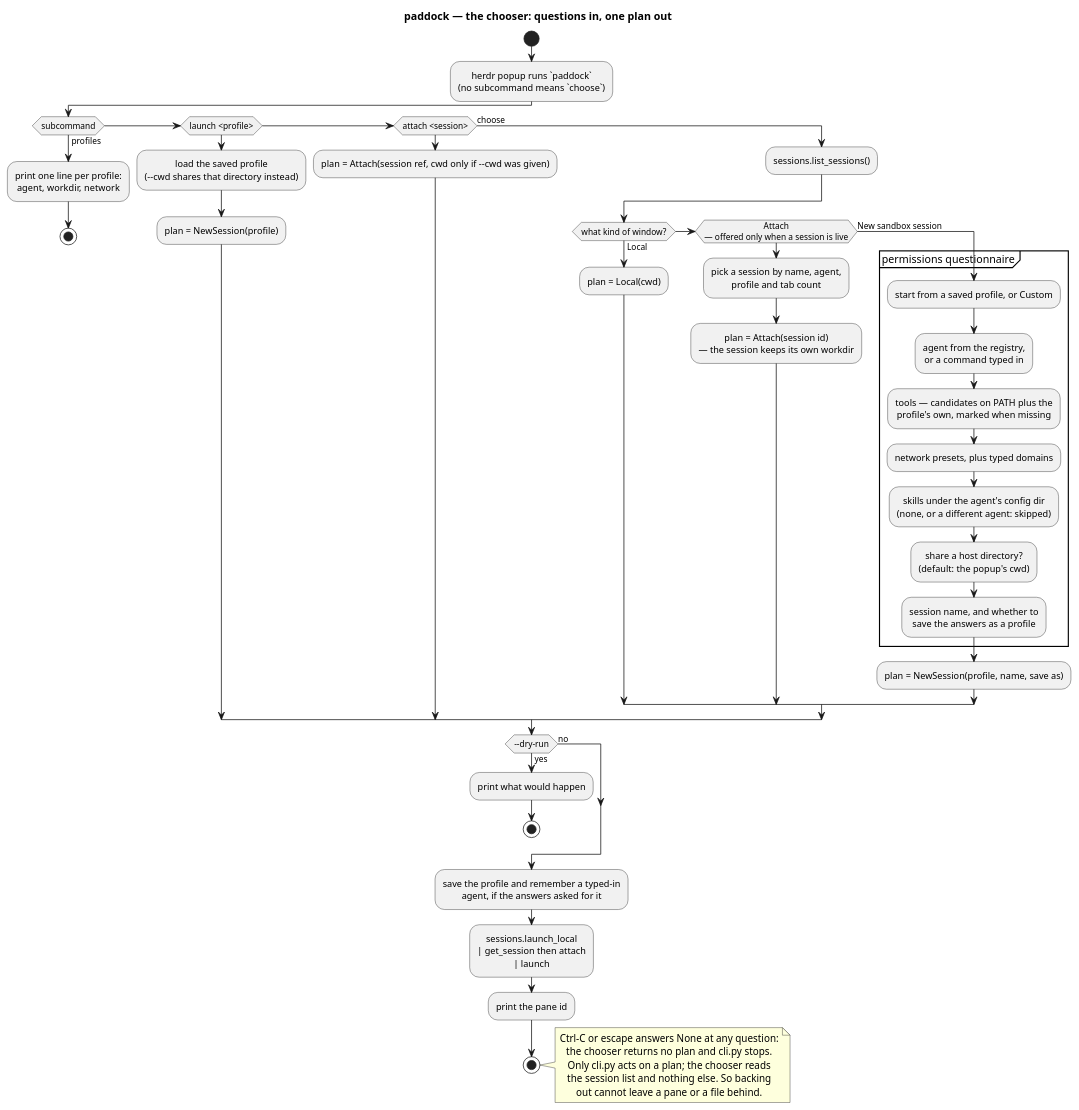
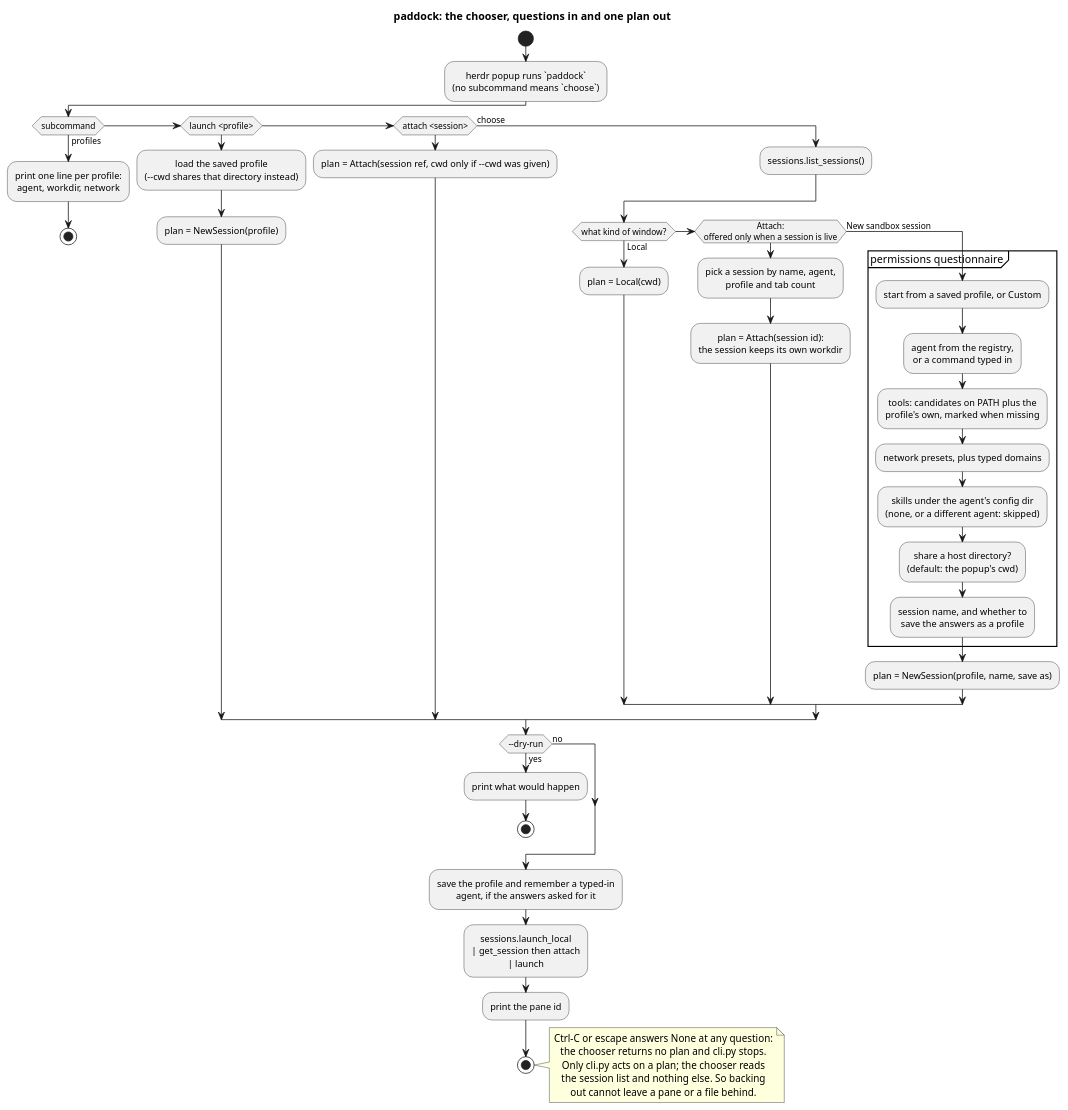
Before and after one commit to paddock-sh/paddock: the diagram in docs/diagrams/chooser_flow.puml, drawn with PlantUML. The commit also changed 16 other files, not shown here.

```diff
--- a/docs/diagrams/chooser_flow.puml
+++ b/docs/diagrams/chooser_flow.puml
@@ -1,58 +1,58 @@
 @startuml chooser_flow
-title paddock — the chooser: questions in, one plan out
+title paddock: the chooser, questions in and one plan out
 
 skinparam shadowing false
 skinparam defaultTextAlignment center
 
 start
 :herdr popup runs `paddock`\n(no subcommand means `choose`);
 
 if (subcommand) then (profiles)
   :print one line per profile:\nagent, workdir, network;
   stop
 elseif (launch <profile>) then
   :load the saved profile\n(--cwd shares that directory instead);
   :plan = NewSession(profile);
 elseif (attach <session>) then
   :plan = Attach(session ref, cwd only if --cwd was given);
 else (choose)
   :sessions.list_sessions();
   if (what kind of window?) then (Local)
     :plan = Local(cwd);
-  elseif (Attach\n— offered only when a session is live) then
+  elseif (Attach:\noffered only when a session is live) then
     :pick a session by name, agent,\nprofile and tab count;
-    :plan = Attach(session id)\n— the session keeps its own workdir;
+    :plan = Attach(session id):\nthe session keeps its own workdir;
   else (New sandbox session)
     partition "permissions questionnaire" {
       :start from a saved profile, or Custom;
       :agent from the registry,\nor a command typed in;
-      :tools — candidates on PATH plus the\nprofile's own, marked when missing;
+      :tools: candidates on PATH plus the\nprofile's own, marked when missing;
       :network presets, plus typed domains;
       :skills under the agent's config dir\n(none, or a different agent: skipped);
       :share a host directory?\n(default: the popup's cwd);
       :session name, and whether to\nsave the answers as a profile;
     }
     :plan = NewSession(profile, name, save as);
   endif
 endif
 
 if (--dry-run) then (yes)
   :print what would happen;
   stop
 else (no)
 endif
 
 :save the profile and remember a typed-in\nagent, if the answers asked for it;
 :sessions.launch_local\n| get_session then attach\n| launch;
 :print the pane id;
 stop
 
 note right
   Ctrl-C or escape answers None at any question:
   the chooser returns no plan and cli.py stops.
   Only cli.py acts on a plan; the chooser reads
   the session list and nothing else. So backing
   out cannot leave a pane or a file behind.
 end note
 
 @enduml
```
